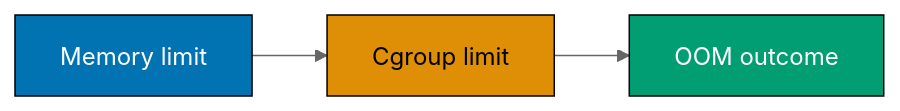
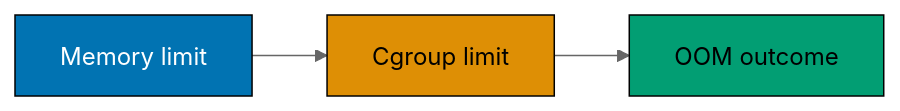
One commit to wahidyankf/ose-public changed the fifth of 10 diagrams in apps/ayokoding-www/content/en/learn/courses/containers-and-orchestration/learning/advanced.md. Above: the diagram before and after it, drawn with Mermaid (neutral theme). The commit also changed other lines of this file and 144 other files, not shown here.

First line of the commit message:
fix(mermaid): bring the first half of the courses diagrams onto the accessible palette

````diff
--- a/apps/ayokoding-www/content/en/learn/courses/containers-and-orchestration/learning/advanced.md
+++ b/apps/ayokoding-www/content/en/learn/courses/containers-and-orchestration/learning/advanced.md
@@ -207,10 +219,13 @@
 ```mermaid
 graph LR
+  accTitle: Example 60: Resource limits
+  accDescr: Graph with 3 nodes and 2 connections. Nodes: Memory limit, Cgroup limit, OOM outcome. Connections: Memory limit to Cgroup limit, Cgroup limit to OOM outcome.
   L[Memory limit] --> C[Cgroup limit] --> O[OOM outcome]
-  classDef blue fill:#0173B2,stroke:#000,color:#fff
-  classDef teal fill:#029E73,stroke:#000,color:#fff
-  classDef orange fill:#DE8F05,stroke:#000,color:#000
+  classDef blue fill:#0173B2,stroke:#000000,color:#FFFFFF
+  classDef teal fill:#029E73,stroke:#000000,color:#000000
+  classDef orange fill:#DE8F05,stroke:#000000,color:#000000
   class L blue
   class C orange
   class O teal
+  classDef default fill:#FFFFFF,stroke:#000000,color:#000000
 ```
````
